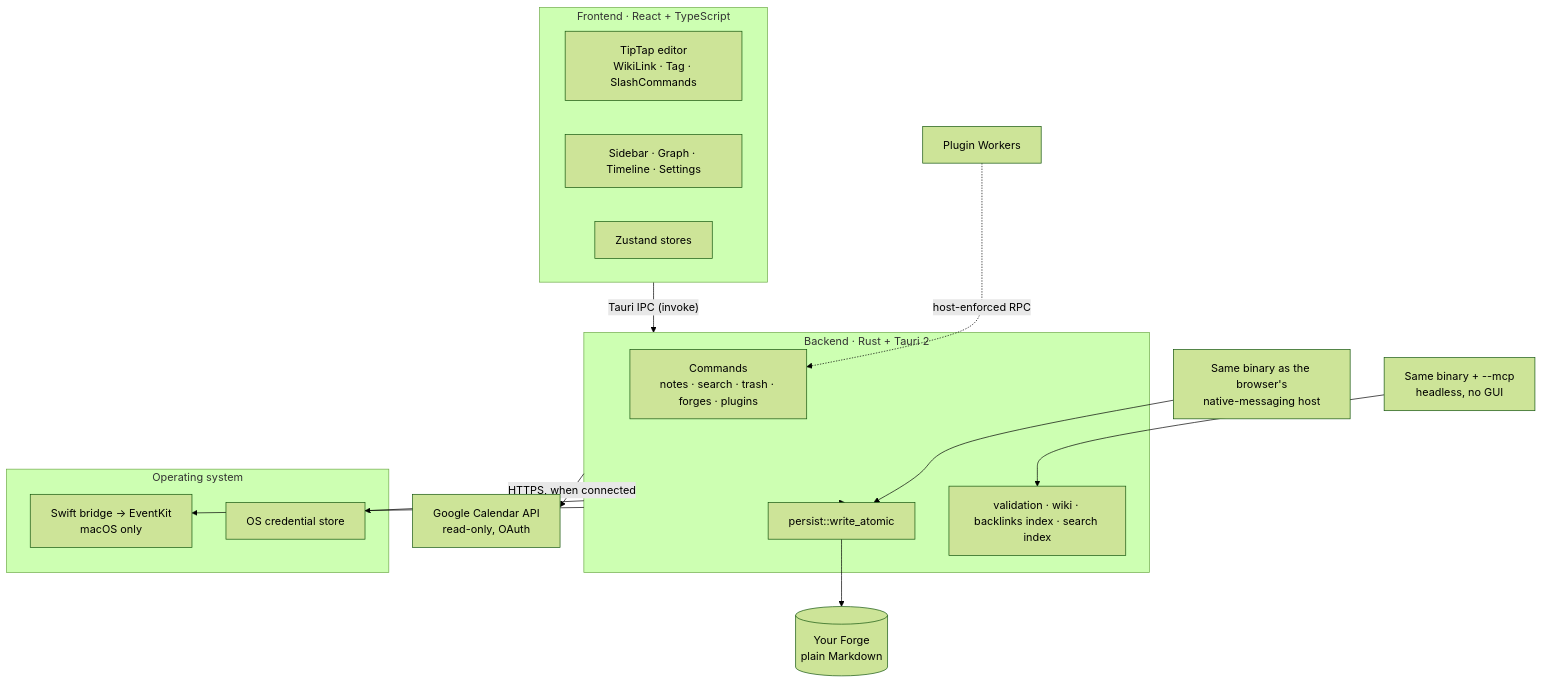
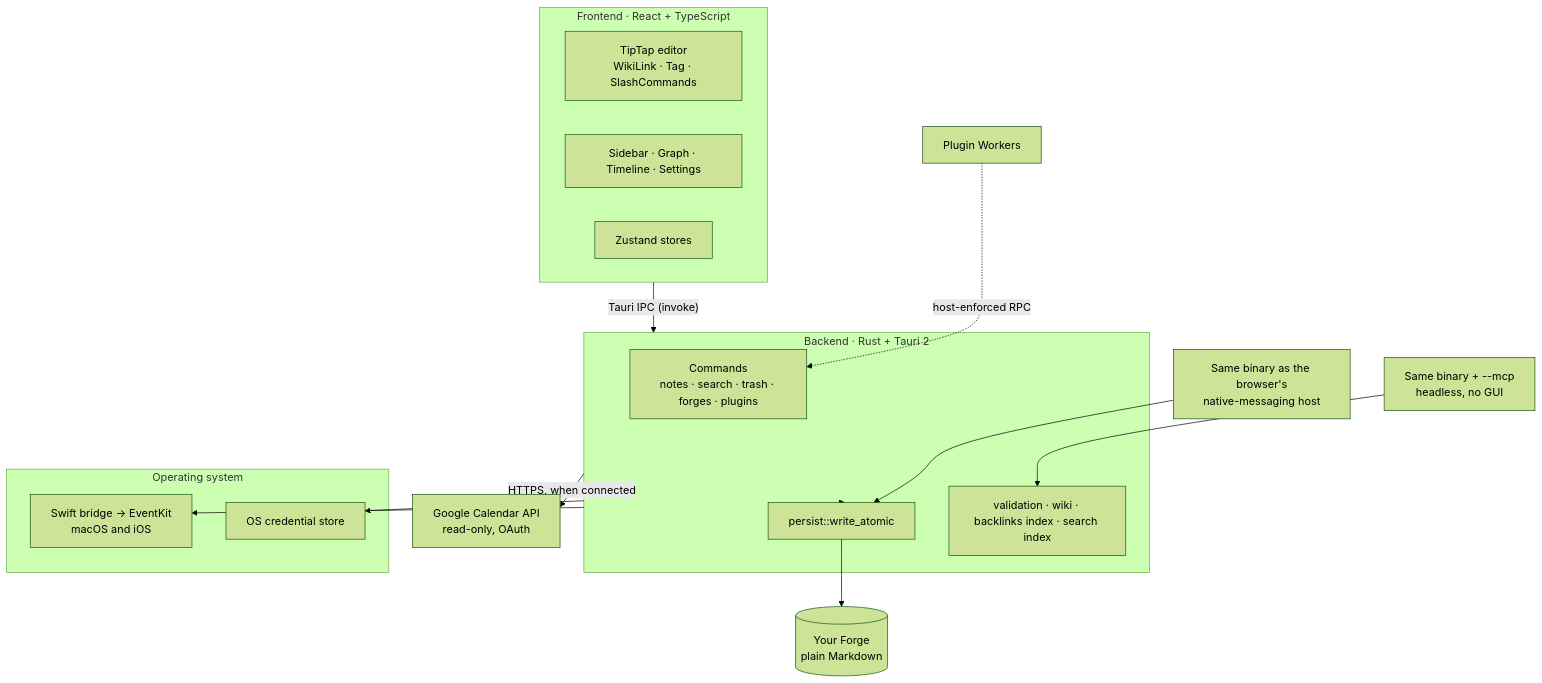
The first of 3 diagrams in docs/ARCHITECTURE.md (mauropereiira/Moldavite), drawn with Mermaid (forest theme) before and after one commit. The commit also changed other lines of this file and 11 other files, not shown here.

````diff
--- a/docs/ARCHITECTURE.md
+++ b/docs/ARCHITECTURE.md
@@ -9,29 +9,29 @@
 ```mermaid
 flowchart TB
     subgraph FE["Frontend · React + TypeScript"]
         ED["TipTap editor<br/>WikiLink · Tag · SlashCommands"]
         SB["Sidebar · Graph · Timeline · Settings"]
         ST["Zustand stores"]
     end
     subgraph BE["Backend · Rust + Tauri 2"]
         CM["Commands<br/>notes · search · trash · forges · plugins"]
         PS["persist::write_atomic"]
         VA["validation · wiki · backlinks index · search index"]
     end
     subgraph OS["Operating system"]
-        SW["Swift bridge → EventKit<br/>macOS only"]
+        SW["Swift bridge → EventKit<br/>macOS and iOS"]
         KC["OS credential store"]
     end
     GC["Google Calendar API<br/>read-only, OAuth"]
     DISK[("Your Forge<br/>plain Markdown")]
 
     FE -- "Tauri IPC (invoke)" --> BE
     BE --> PS --> DISK
     BE --> SW
     BE --> KC
     BE -- "HTTPS, when connected" --> GC
 
     MCP["Same binary + --mcp<br/>headless, no GUI"] --> VA
     CLIP["Same binary as the browser's<br/>native-messaging host"] --> PS
     WORKER["Plugin Workers"] -. "host-enforced RPC" .-> CM
 ```
````
